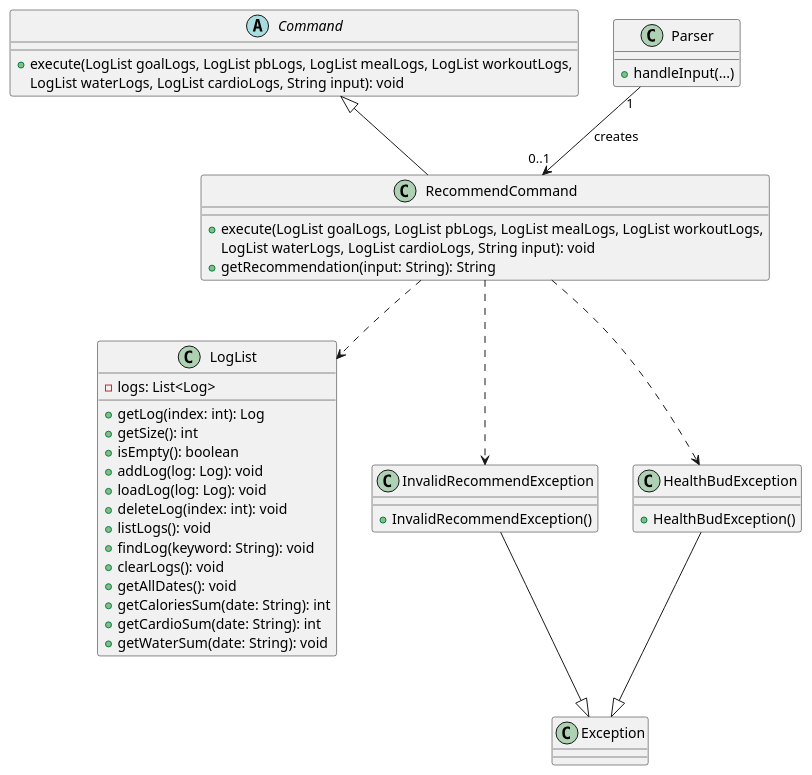
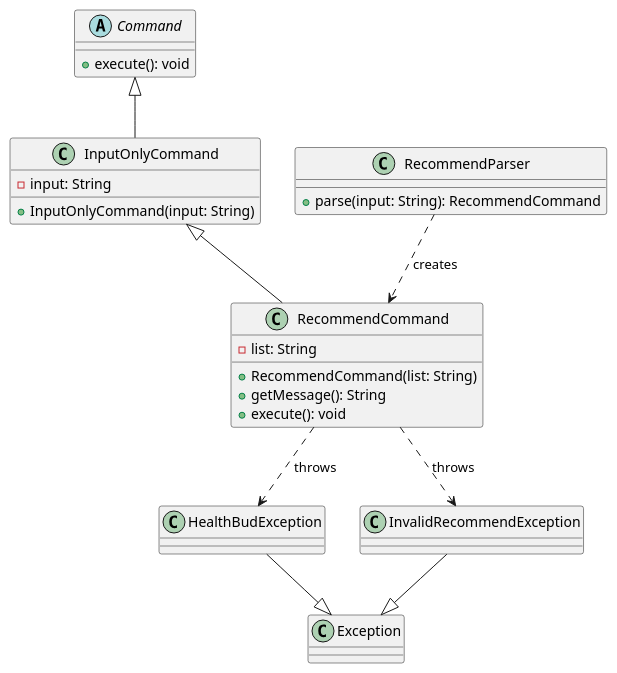
One commit to Jasonlobo21/tp changed the diagram in docs/Diagrams/RecommendCD.puml. Above: the diagram before and after it, drawn with PlantUML. The commit also changed 7 other files, not shown here.

Commit message:
recommend and status command JUnit update recommend CD and SD

```diff
--- a/docs/Diagrams/RecommendCD.puml
+++ b/docs/Diagrams/RecommendCD.puml
@@ -1,73 +1,48 @@
 @startuml
 'https://plantuml.com/class-diagram
 
 /' dependency: parameter, return type, local variable, or exception thrown '/
 /' inheritance: once got extend means inheritance i think '/
 /' navigability: means A create B or smthing'/
 
 /'
 --|> inheritance
 --> navigability/association
 ..> dependency
 '/
 
 abstract class Command {
-    +execute(LogList goalLogs, LogList pbLogs, LogList mealLogs, LogList workoutLogs,
-             LogList waterLogs, LogList cardioLogs, String input): void
+    +execute(): void
+}
+
+class InputOnlyCommand {
+    -input: String
+    +InputOnlyCommand(input: String)
 }
 
 class RecommendCommand {
-    +execute(LogList goalLogs, LogList pbLogs, LogList mealLogs, LogList workoutLogs,
-                          LogList waterLogs, LogList cardioLogs, String input): void
-    +getRecommendation(input: String): String
+    -list: String
+    +RecommendCommand(list: String)
+    +getMessage(): String
+    +execute(): void
 }
 
-Command <|-- RecommendCommand
-
-class Parser {
-    +handleInput(...)
+class RecommendParser {
+    +parse(input: String): RecommendCommand
 }
 
-Parser "1" --> "0..1" RecommendCommand : creates
+class HealthBudException
+class InvalidRecommendException
 
-class LogList
+Command <|-- InputOnlyCommand
 
-class InvalidRecommendException
-class HealthBudException
+InputOnlyCommand <|-- RecommendCommand
 
-class LogList {
-    -logs: List<Log>
+RecommendParser ..> RecommendCommand : creates
+RecommendCommand ..> HealthBudException : throws
+RecommendCommand ..> InvalidRecommendException : throws
 
-    +getLog(index: int): Log
-    +getSize(): int
-    +isEmpty(): boolean
-    +addLog(log: Log): void
-    +loadLog(log: Log): void
-    +deleteLog(index: int): void
-    +listLogs(): void
-    +findLog(keyword: String): void
-    +clearLogs(): void
-    +getAllDates(): void
-    +getCaloriesSum(date: String): int
-    +getCardioSum(date: String): int
-    +getWaterSum(date: String): void
-}
-
-class InvalidRecommendException {
-    +InvalidRecommendException()
-}
-
-class HealthBudException {
-    +HealthBudException()
-}
-
-/'inheritance'/
 InvalidRecommendException --|> Exception
 HealthBudException --|> Exception
 
-/'dependency'/
-RecommendCommand ..> LogList
-RecommendCommand ..> InvalidRecommendException
-RecommendCommand ..> HealthBudException
-
 @enduml
```
